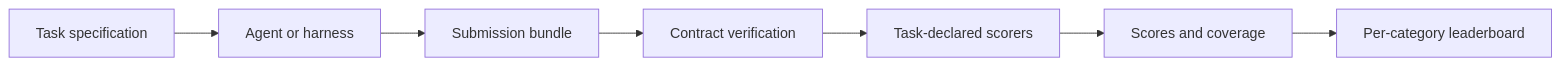
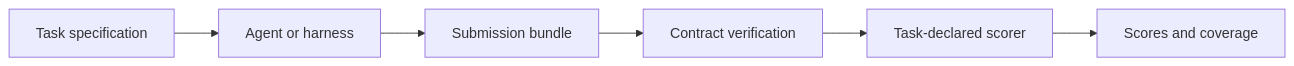
Before and after one commit to NeuroAIHub/BrainPilotBench: the diagram in README.md, drawn with Mermaid. The commit also changed other lines of this file, not shown here.

```diff
--- a/README.md
+++ b/README.md
@@ -210,9 +133,8 @@
 ~~~mermaid
 flowchart LR
     A["Task specification"] --> B["Agent or harness"]
     B --> C["Submission bundle"]
     C --> D["Contract verification"]
-    D --> E["Task-declared scorers"]
+    D --> E["Task-declared scorer"]
     E --> F["Scores and coverage"]
-    F --> G["Per-category leaderboard"]
 ~~~
```
